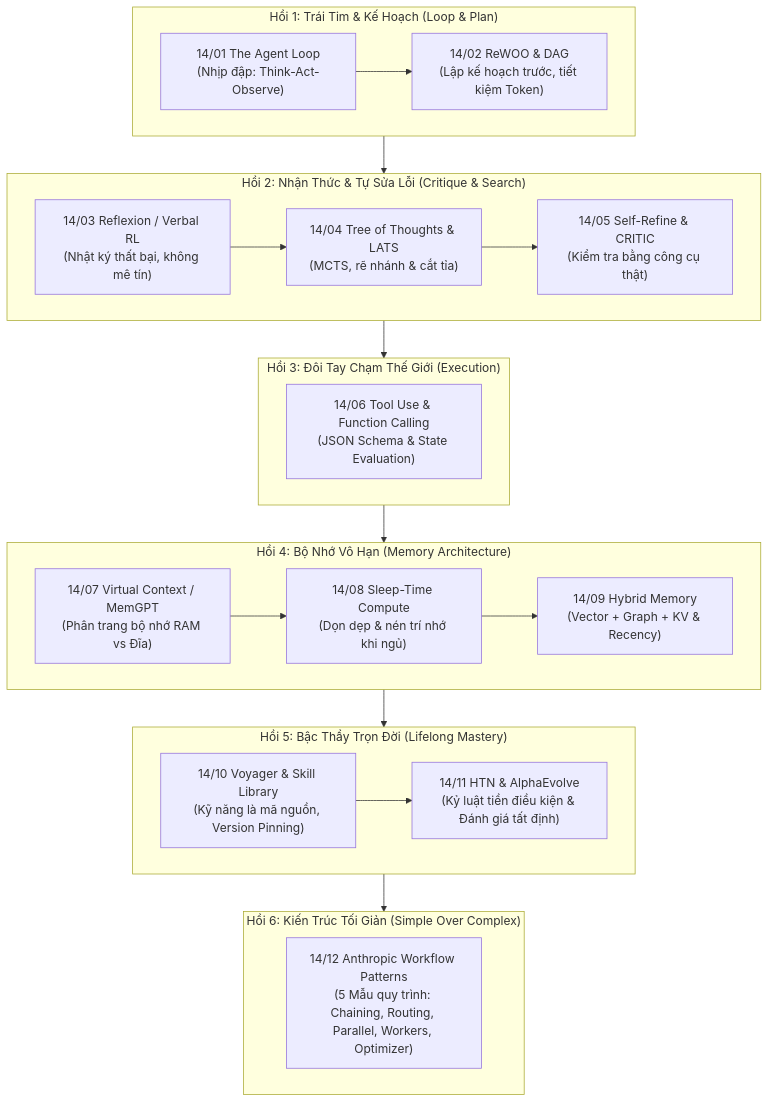
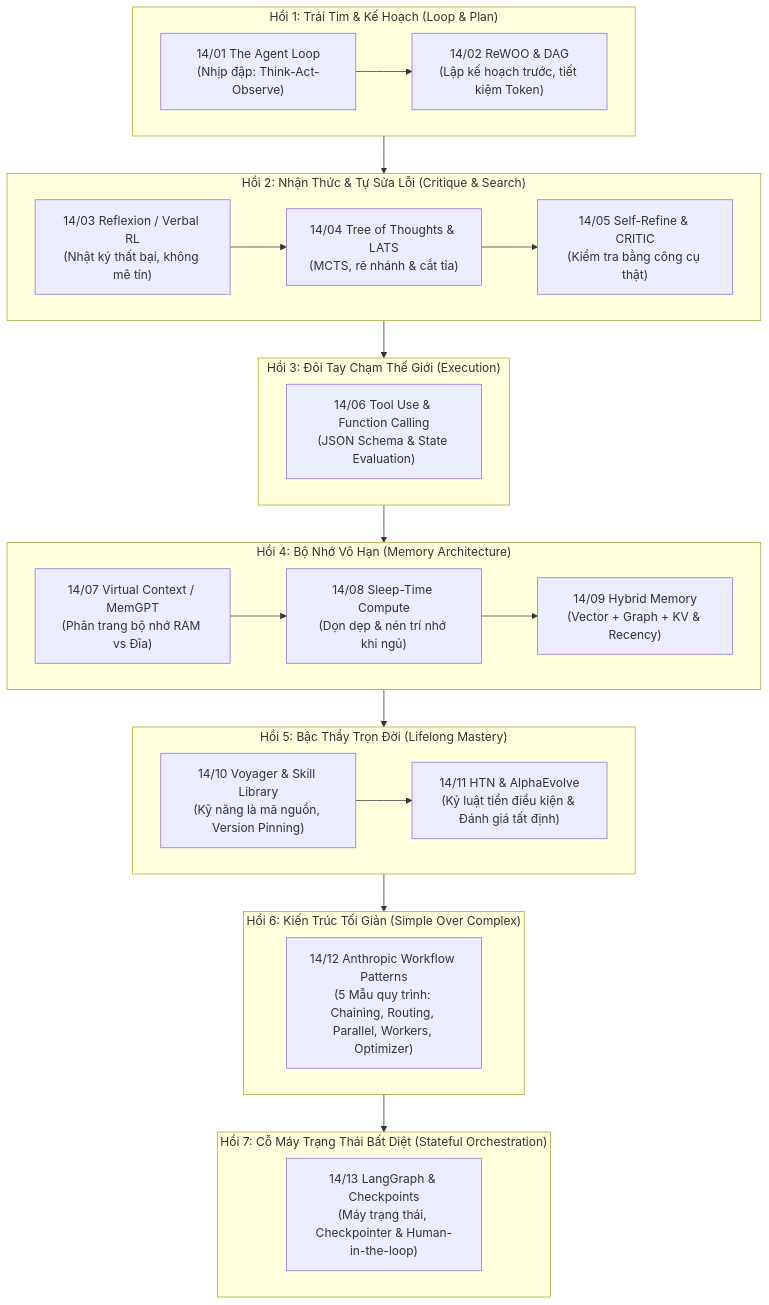
Before and after one commit to tangerine0000/ai-engineer-sandbox: the diagram in REPORT.md, drawn with Mermaid. The commit also changed other lines of this file and 2 other files, not shown here.

````diff
--- a/REPORT.md
+++ b/REPORT.md
@@ -8,30 +8,34 @@
 ```mermaid
 flowchart TD
     subgraph Act1["Hồi 1: Trái Tim & Kế Hoạch (Loop & Plan)"]
         L01["14/01 The Agent Loop<br/>(Nhịp đập: Think-Act-Observe)"] --> L02["14/02 ReWOO & DAG<br/>(Lập kế hoạch trước, tiết kiệm Token)"]
     end
 
     subgraph Act2["Hồi 2: Nhận Thức & Tự Sửa Lỗi (Critique & Search)"]
         L03["14/03 Reflexion / Verbal RL<br/>(Nhật ký thất bại, không mê tín)"] --> L04["14/04 Tree of Thoughts & LATS<br/>(MCTS, rẽ nhánh & cắt tỉa)"]
         L04 --> L05["14/05 Self-Refine & CRITIC<br/>(Kiểm tra bằng công cụ thật)"]
     end
 
     subgraph Act3["Hồi 3: Đôi Tay Chạm Thế Giới (Execution)"]
         L06["14/06 Tool Use & Function Calling<br/>(JSON Schema & State Evaluation)"]
     end
 
     subgraph Act4["Hồi 4: Bộ Nhớ Vô Hạn (Memory Architecture)"]
         L07["14/07 Virtual Context / MemGPT<br/>(Phân trang bộ nhớ RAM vs Đĩa)"] --> L08["14/08 Sleep-Time Compute<br/>(Dọn dẹp & nén trí nhớ khi ngủ)"]
         L08 --> L09["14/09 Hybrid Memory<br/>(Vector + Graph + KV & Recency)"]
     end
 
     subgraph Act5["Hồi 5: Bậc Thầy Trọn Đời (Lifelong Mastery)"]
         L10["14/10 Voyager & Skill Library<br/>(Kỹ năng là mã nguồn, Version Pinning)"] --> L11["14/11 HTN & AlphaEvolve<br/>(Kỷ luật tiền điều kiện & Đánh giá tất định)"]
     end
 
     subgraph Act6["Hồi 6: Kiến Trúc Tối Giản (Simple Over Complex)"]
         L12["14/12 Anthropic Workflow Patterns<br/>(5 Mẫu quy trình: Chaining, Routing, Parallel, Workers, Optimizer)"]
     end
 
-    Act1 --> Act2 --> Act3 --> Act4 --> Act5 --> Act6
+    subgraph Act7["Hồi 7: Cỗ Máy Trạng Thái Bất Diệt (Stateful Orchestration)"]
+        L13["14/13 LangGraph & Checkpoints<br/>(Máy trạng thái, Checkpointer & Human-in-the-loop)"]
+    end
+
+    Act1 --> Act2 --> Act3 --> Act4 --> Act5 --> Act6 --> Act7
 ```
````
